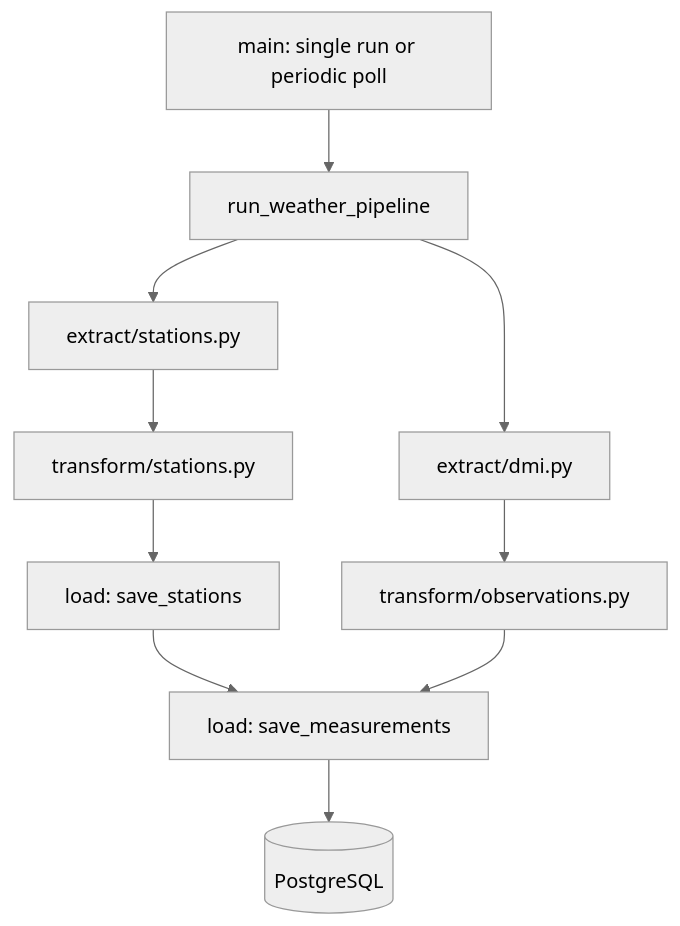
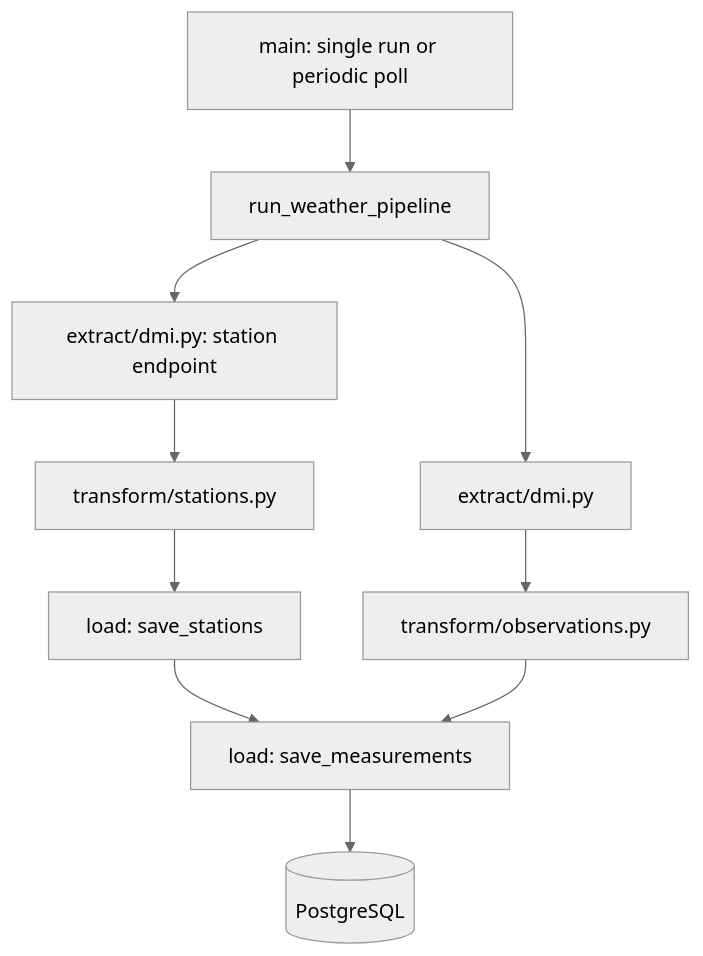
Before and after one commit to mielouise/environment_data_project: the fifth of 5 diagrams in README.md, drawn with Mermaid (neutral theme). The commit also changed other lines of this file, not shown here.

Commit message:
Document clean SRP architecture and remove obsolete class diagrams

````diff
--- a/README.md
+++ b/README.md
@@ -532,12 +361,12 @@
 ```mermaid
 flowchart TD
     Main[main: single run or periodic poll] --> Pipeline[run_weather_pipeline]
-    Pipeline --> Stations[extract/stations.py]
+    Pipeline --> Stations[extract/dmi.py: station endpoint]
     Pipeline --> Observations[extract/dmi.py]
     Stations --> StationTransform[transform/stations.py]
     Observations --> MeasurementTransform[transform/observations.py]
     StationTransform --> StationLoad[load: save_stations]
     StationLoad --> MeasurementLoad[load: save_measurements]
     MeasurementTransform --> MeasurementLoad
     MeasurementLoad --> Database[(PostgreSQL)]
 ```
````
